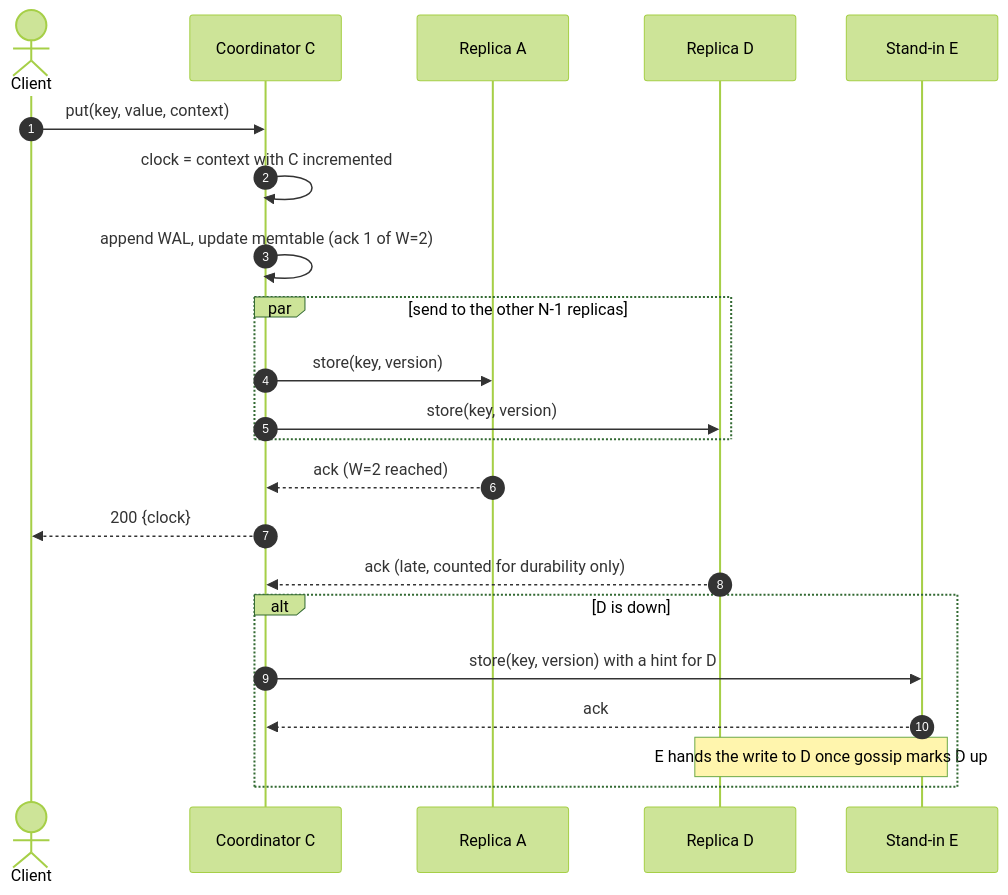
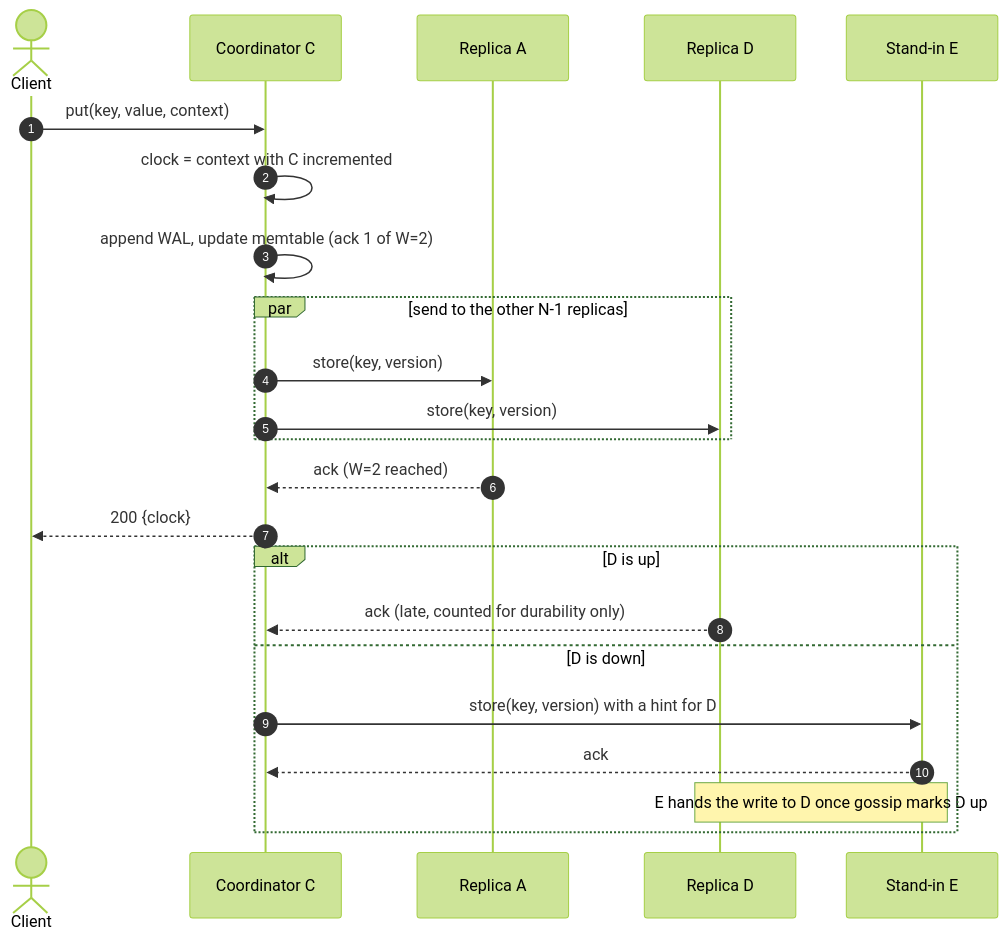
One commit to param087/hld-lld-interview-handbook changed the third of 6 diagrams in docs/hld/case-studies/key-value-store.md. Above: the diagram before and after it, drawn with Mermaid (forest theme). The commit also changed other lines of this file and 14 other files, not shown here.

Commit message:
Review R2 fixes: availability arithmetic, Redlock attribution, erasure-coding tolerance, HLC concurrency, Kafka partitioner and high watermark, PKCE flow, Bigtable key

````diff
--- a/docs/hld/case-studies/key-value-store.md
+++ b/docs/hld/case-studies/key-value-store.md
@@ -173,24 +173,25 @@
 ```mermaid
 sequenceDiagram
     autonumber
     actor CL as Client
     participant CO as Coordinator C
     participant RA as Replica A
     participant RD as Replica D
     participant RE as Stand-in E
     CL->>CO: put(key, value, context)
     CO->>CO: clock = context with C incremented
     CO->>CO: append WAL, update memtable (ack 1 of W=2)
     par send to the other N-1 replicas
         CO->>RA: store(key, version)
         CO->>RD: store(key, version)
     end
     RA-->>CO: ack (W=2 reached)
     CO-->>CL: 200 {clock}
-    RD-->>CO: ack (late, counted for durability only)
-    alt D is down
+    alt D is up
+        RD-->>CO: ack (late, counted for durability only)
+    else D is down
         CO->>RE: store(key, version) with a hint for D
         RE-->>CO: ack
         Note over RE,RD: E hands the write to D once gossip marks D up
     end
 ```
````
